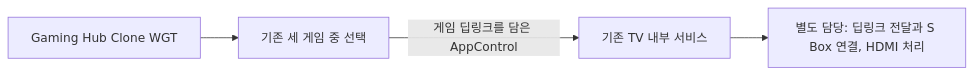
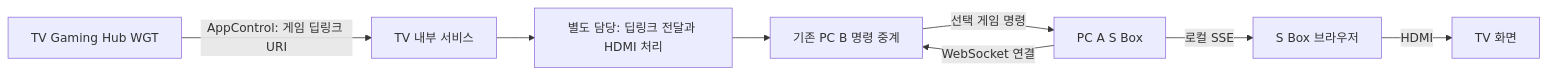
The first of 2 diagrams in docs/flow.md (Readiz/s2s-launch-test), drawn with Mermaid before and after one commit. The commit also changed other lines of this file and 41 other files, not shown here.

Commit message:
Replace game widgets with Gaming Hub and paired S Box previews

````diff
--- a/docs/flow.md
+++ b/docs/flow.md
@@ -67,6 +5,10 @@
 ```mermaid
 flowchart LR
-    H[Gaming Hub Clone WGT] --> G[기존 세 게임 중 선택]
-    G -->|게임 딥링크를 담은 AppControl| S[기존 TV 내부 서비스]
-    S --> D[별도 담당: 딥링크 전달과 S Box 연결, HDMI 처리]
+    H[TV Gaming Hub WGT] -->|AppControl: 게임 딥링크 URI| S[TV 내부 서비스]
+    S --> D[별도 담당: 딥링크 전달과 HDMI 처리]
+    D --> B[기존 PC B 명령 중계]
+    A[PC A S Box] -->|WebSocket 연결| B
+    B -->|선택 게임 명령| A
+    A -->|로컬 SSE| UI[S Box 브라우저]
+    UI -->|HDMI| TV[TV 화면]
 ```
````
